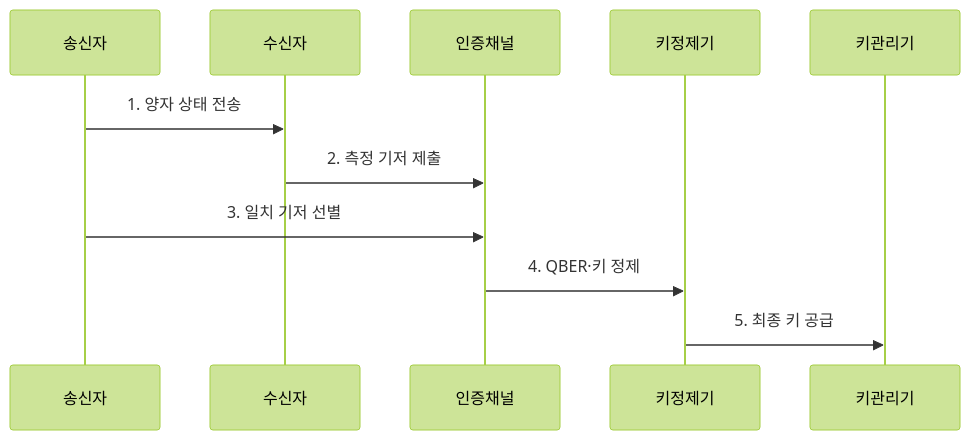
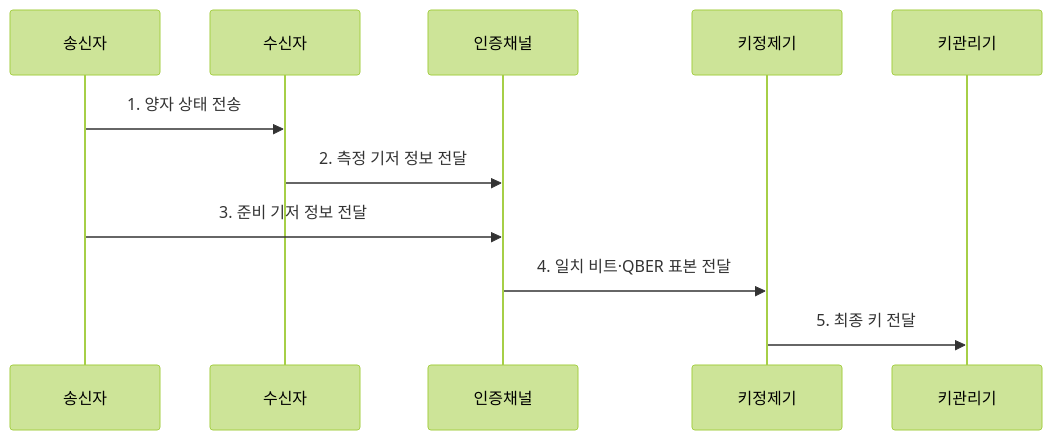
One commit to agnusdei1207/knowledge-base changed the second of 2 diagrams in src/content/docs/notes/04-network/100_quantum_key_distribution.md. Above: the diagram before and after it, drawn with Mermaid (forest theme). The commit also changed other lines of this file and 20 other files, not shown here.

````diff
--- a/src/content/docs/notes/04-network/100_quantum_key_distribution.md
+++ b/src/content/docs/notes/04-network/100_quantum_key_distribution.md
@@ -87,13 +94,13 @@
 ```mermaid
 sequenceDiagram
     participant 송신자
     participant 수신자
     participant 인증채널
     participant 키정제기
     participant 키관리기
     송신자->>수신자: 1. 양자 상태 전송
-    수신자->>인증채널: 2. 측정 기저 제출
-    송신자->>인증채널: 3. 일치 기저 선별
-    인증채널->>키정제기: 4. QBER·키 정제
-    키정제기->>키관리기: 5. 최종 키 공급
+    수신자->>인증채널: 2. 측정 기저 정보 전달
+    송신자->>인증채널: 3. 준비 기저 정보 전달
+    인증채널->>키정제기: 4. 일치 비트·QBER 표본 전달
+    키정제기->>키관리기: 5. 최종 키 전달
 ```
````
